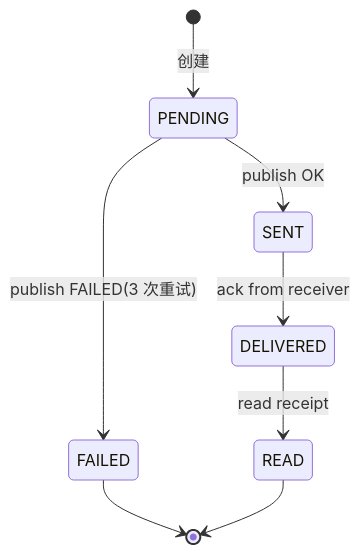
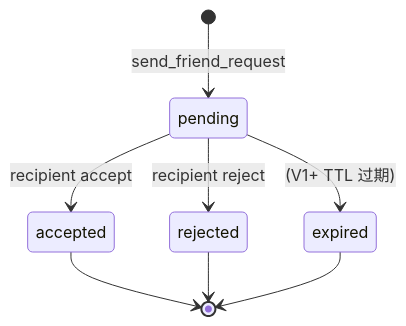
One commit to UlyssesLeoLee/IM1.0 changed the second of 4 diagrams in docs/templates/04-detailed-design/auxiliary/aux-04-state-machine-spec.md. Above: the diagram before and after it, drawn with Mermaid. The commit also changed other lines of this file, not shown here.

````diff
--- a/docs/templates/04-detailed-design/auxiliary/aux-04-state-machine-spec.md
+++ b/docs/templates/04-detailed-design/auxiliary/aux-04-state-machine-spec.md
@@ -61,10 +127,10 @@
 ```mermaid
 stateDiagram-v2
-    [*] --> PENDING: 创建
-    PENDING --> SENT: publish OK
-    PENDING --> FAILED: publish FAILED(3 次重试)
-    SENT --> DELIVERED: ack from receiver
-    DELIVERED --> READ: read receipt
-    FAILED --> [*]
-    READ --> [*]
+    [*] --> pending: send_friend_request
+    pending --> accepted: recipient accept
+    pending --> rejected: recipient reject
+    pending --> expired: (V1+ TTL 过期)
+    accepted --> [*]
+    rejected --> [*]
+    expired --> [*]
 ```
````
